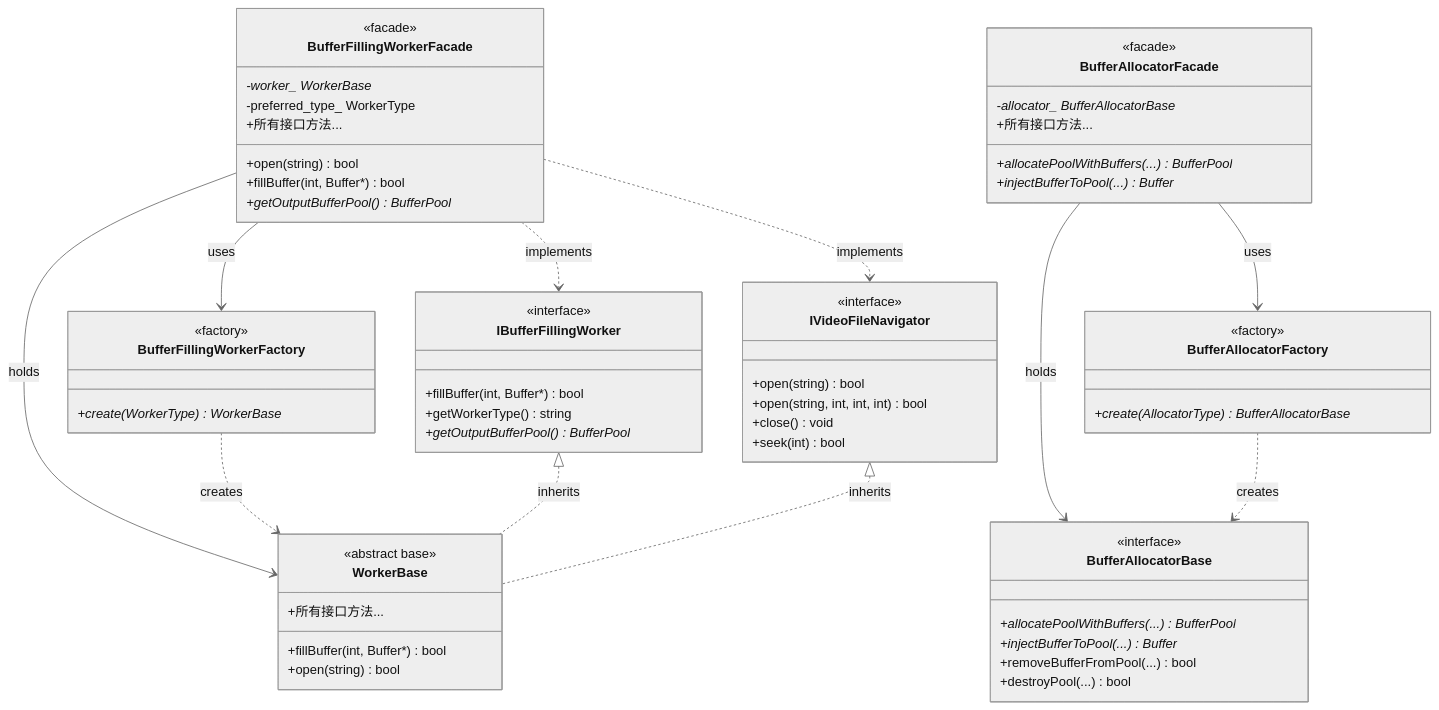
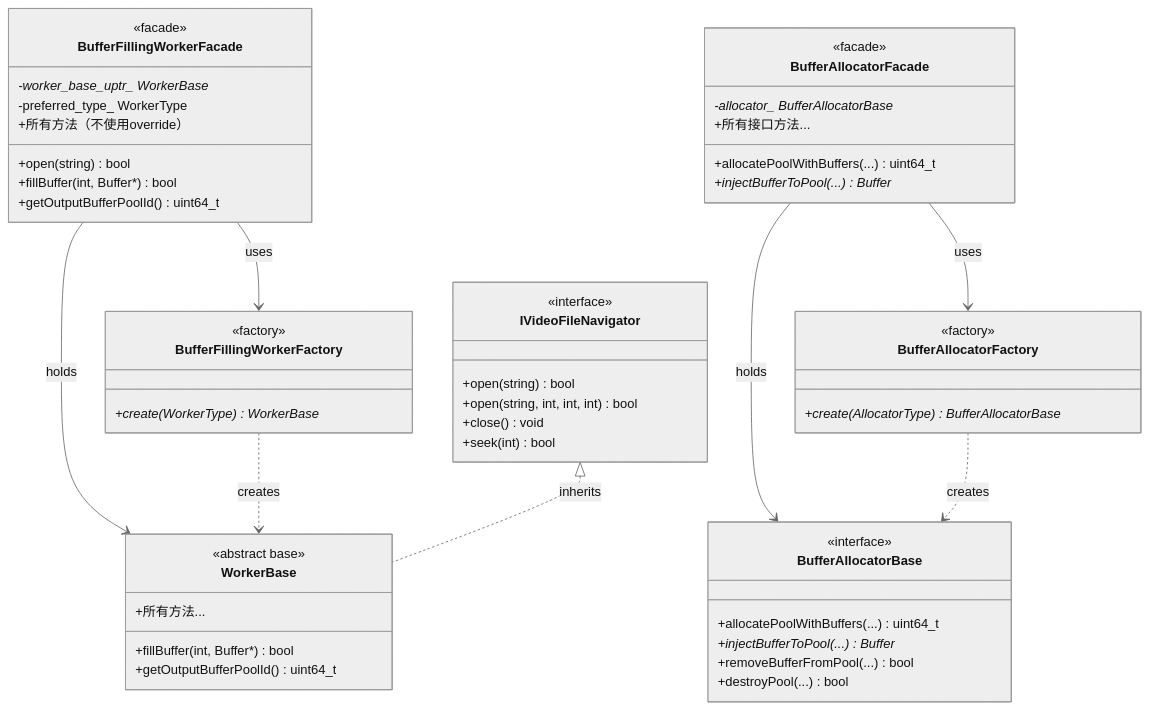
Before and after one commit to luoxiafeng-1990/components: the third of 6 diagrams in ARCHITECTURE.md, drawn with Mermaid (neutral theme). The commit also changed other lines of this file and 14 other files, not shown here.

````diff
--- a/ARCHITECTURE.md
+++ b/ARCHITECTURE.md
@@ -927,74 +923,64 @@
 ```mermaid
 classDiagram
     class BufferFillingWorkerFacade {
         <<facade>>
-        -worker_ WorkerBase*
+        -worker_base_uptr_ WorkerBase*
         -preferred_type_ WorkerType
         +open(string) bool
         +fillBuffer(int, Buffer*) bool
-        +getOutputBufferPool() BufferPool*
-        +所有接口方法...
+        +getOutputBufferPoolId() uint64_t
+        +所有方法（不使用override）
     }
     
     class BufferAllocatorFacade {
         <<facade>>
         -allocator_ BufferAllocatorBase*
-        +allocatePoolWithBuffers(...) BufferPool*
+        +allocatePoolWithBuffers(...) uint64_t
         +injectBufferToPool(...) Buffer*
         +所有接口方法...
-    }
-    
-    class IBufferFillingWorker {
-        <<interface>>
-        +fillBuffer(int, Buffer*) bool
-        +getWorkerType() string
-        +getOutputBufferPool() BufferPool*
     }
     
     class IVideoFileNavigator {
         <<interface>>
         +open(string) bool
         +open(string, int, int, int) bool
         +close() void
         +seek(int) bool
     }
     
     class BufferAllocatorBase {
         <<interface>>
-        +allocatePoolWithBuffers(...) BufferPool*
+        +allocatePoolWithBuffers(...) uint64_t
         +injectBufferToPool(...) Buffer*
         +removeBufferFromPool(...) bool
         +destroyPool(...) bool
     }
     
     class WorkerBase {
         <<abstract base>>
         +fillBuffer(int, Buffer*) bool
-        +open(string) bool
-        +所有接口方法...
+        +getOutputBufferPoolId() uint64_t
+        +所有方法...
     }
     
     class BufferFillingWorkerFactory {
         <<factory>>
         +create(WorkerType) WorkerBase*
     }
     
     class BufferAllocatorFactory {
         <<factory>>
         +create(AllocatorType) BufferAllocatorBase*
     }
     
-    BufferFillingWorkerFacade ..> IBufferFillingWorker : implements
-    BufferFillingWorkerFacade ..> IVideoFileNavigator : implements
     BufferFillingWorkerFacade --> WorkerBase : holds
     BufferFillingWorkerFacade --> BufferFillingWorkerFactory : uses
     
     BufferAllocatorFacade --> BufferAllocatorBase : holds
     BufferAllocatorFacade --> BufferAllocatorFactory : uses
     
     BufferFillingWorkerFactory ..> WorkerBase : creates
     BufferAllocatorFactory ..> BufferAllocatorBase : creates
     
-    IBufferFillingWorker <|.. WorkerBase : inherits
     IVideoFileNavigator <|.. WorkerBase : inherits
 ```
````
